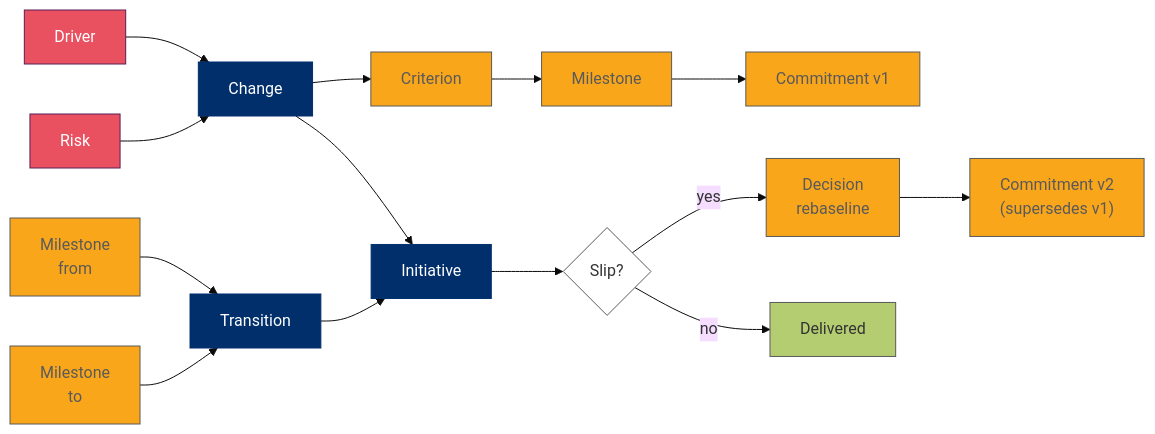
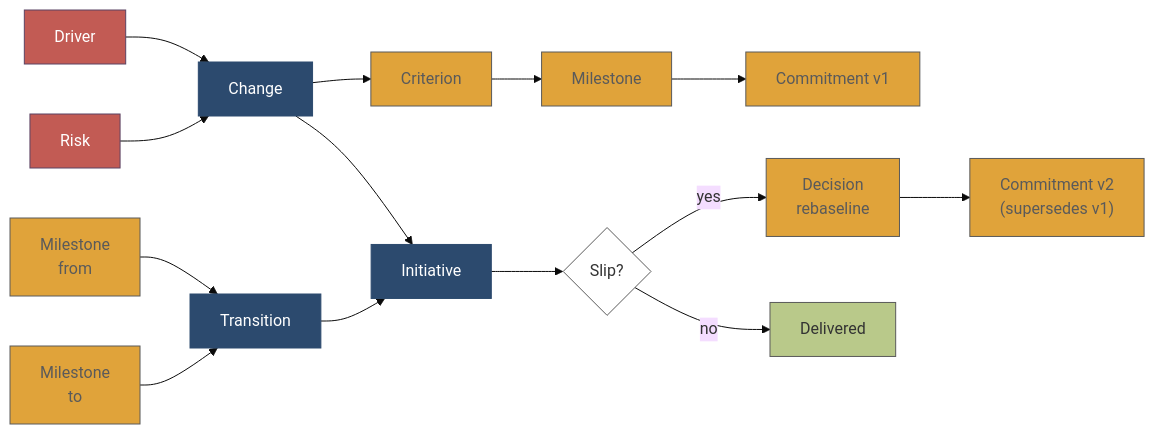
One commit to dermot-obrien/ai-assisted-architecture changed the third of 34 diagrams in standards/ontology/SPECIFICATION.md. Above: the diagram before and after it, drawn with Mermaid (base theme). The commit also changed other lines of this file and 6 other files, not shown here.

````diff
--- a/standards/ontology/SPECIFICATION.md
+++ b/standards/ontology/SPECIFICATION.md
@@ -145,21 +145,21 @@
 ```mermaid
 flowchart LR
   DR[Driver]:::motive --> CH[Change]:::primary
   RK[Risk]:::motive --> CH
   CH --> CR[Criterion]:::govern
   CR --> MS[Milestone]:::govern
   MS --> CMT["Commitment v1"]:::govern
   MS_from[Milestone<br/>from]:::govern --> TR[Transition]:::primary
   MS_to[Milestone<br/>to]:::govern --> TR
   TR --> IN[Initiative]:::primary
   CH --> IN
   IN --> SL{Slip?}:::decision
   SL -- yes --> DEC[Decision<br/>rebaseline]:::govern
   DEC --> CMT2["Commitment v2<br/>(supersedes v1)"]:::govern
   SL -- no --> DELIV[Delivered]:::success
-  classDef motive fill:#E95160,stroke:#5A1E58,color:#fff
-  classDef primary fill:#002F6B,stroke:#002F6B,color:#fff
-  classDef govern fill:#FAA61A,stroke:#5A5A5A,color:#5A5A5A
+  classDef motive fill:#C25B54,stroke:#5B4363,color:#fff
+  classDef primary fill:#2C4A6E,stroke:#2C4A6E,color:#fff
+  classDef govern fill:#E0A33A,stroke:#5A5A5A,color:#5A5A5A
   classDef decision fill:#FFFFFF,stroke:#5A5A5A
-  classDef success fill:#B5CD71,stroke:#5A5A5A
+  classDef success fill:#B9C98A,stroke:#5A5A5A
 ```
````
